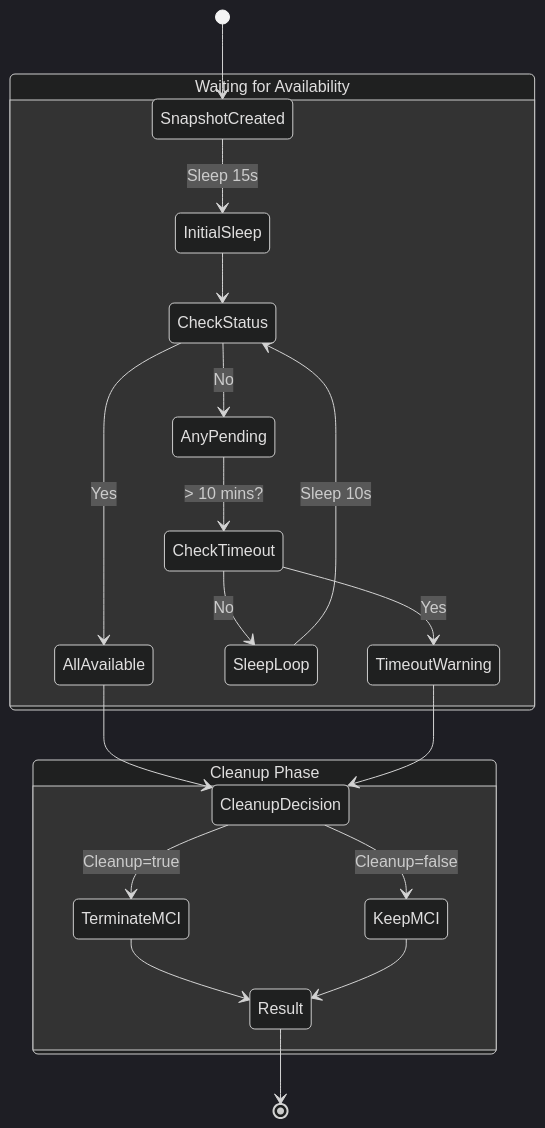
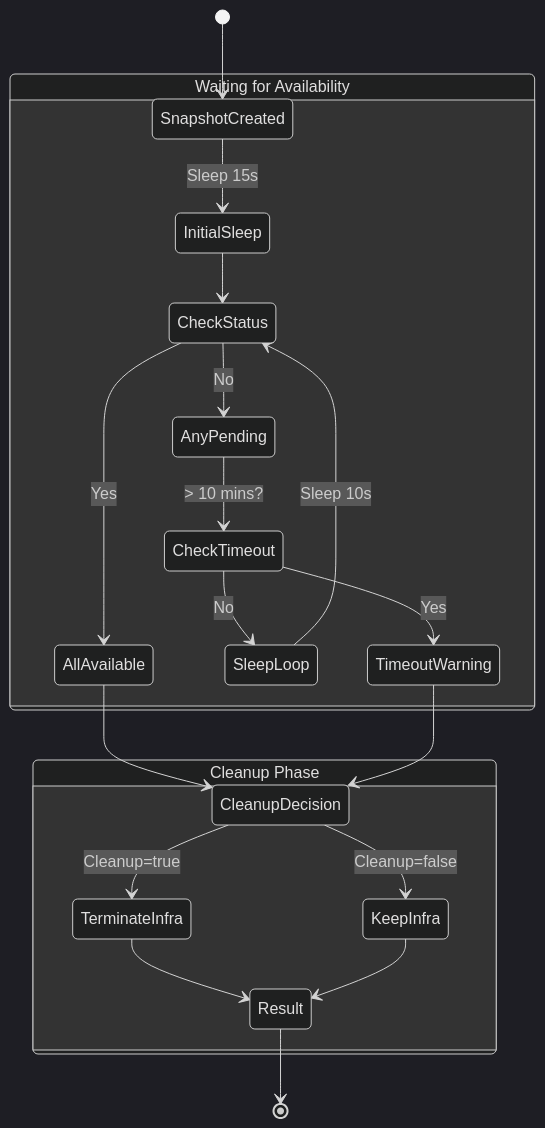
One commit to cloud-barista/cb-tumblebug changed the third of 4 diagrams in docs/feature_guide/cloud-agnostic-image.md. Above: the diagram before and after it, drawn with Mermaid (dark theme). The commit also changed other lines of this file and 197 other files, not shown here.

````diff
--- a/docs/feature_guide/cloud-agnostic-image.md
+++ b/docs/feature_guide/cloud-agnostic-image.md
@@ -169,31 +169,31 @@
 ```mermaid
 stateDiagram-v2
     [*] --> SnapshotCreated
     
     state "Waiting for Availability" as Waiting {
         SnapshotCreated --> InitialSleep: Sleep 15s
         InitialSleep --> CheckStatus
         
         CheckStatus --> AllAvailable: Yes
         CheckStatus --> AnyPending: No
         
         AnyPending --> CheckTimeout: > 10 mins?
         CheckTimeout --> SleepLoop: No
         SleepLoop --> CheckStatus: Sleep 10s
         
         CheckTimeout --> TimeoutWarning: Yes
     }
     
     AllAvailable --> CleanupDecision
     TimeoutWarning --> CleanupDecision
     
     state "Cleanup Phase" as Cleanup {
-        CleanupDecision --> TerminateMCI: Cleanup=true
-        CleanupDecision --> KeepMCI: Cleanup=false
+        CleanupDecision --> TerminateInfra: Cleanup=true
+        CleanupDecision --> KeepInfra: Cleanup=false
         
-        TerminateMCI --> Result
-        KeepMCI --> Result
+        TerminateInfra --> Result
+        KeepInfra --> Result
     }
     
     Result --> [*]
 ```
````
